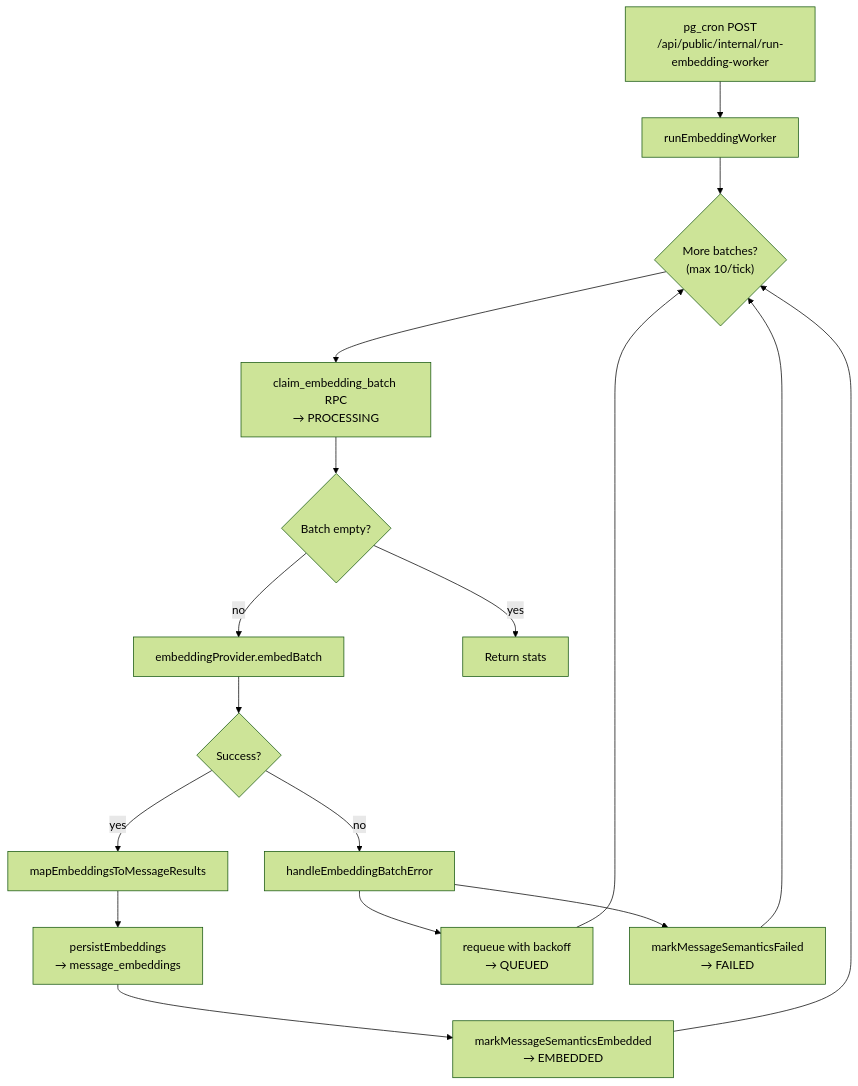
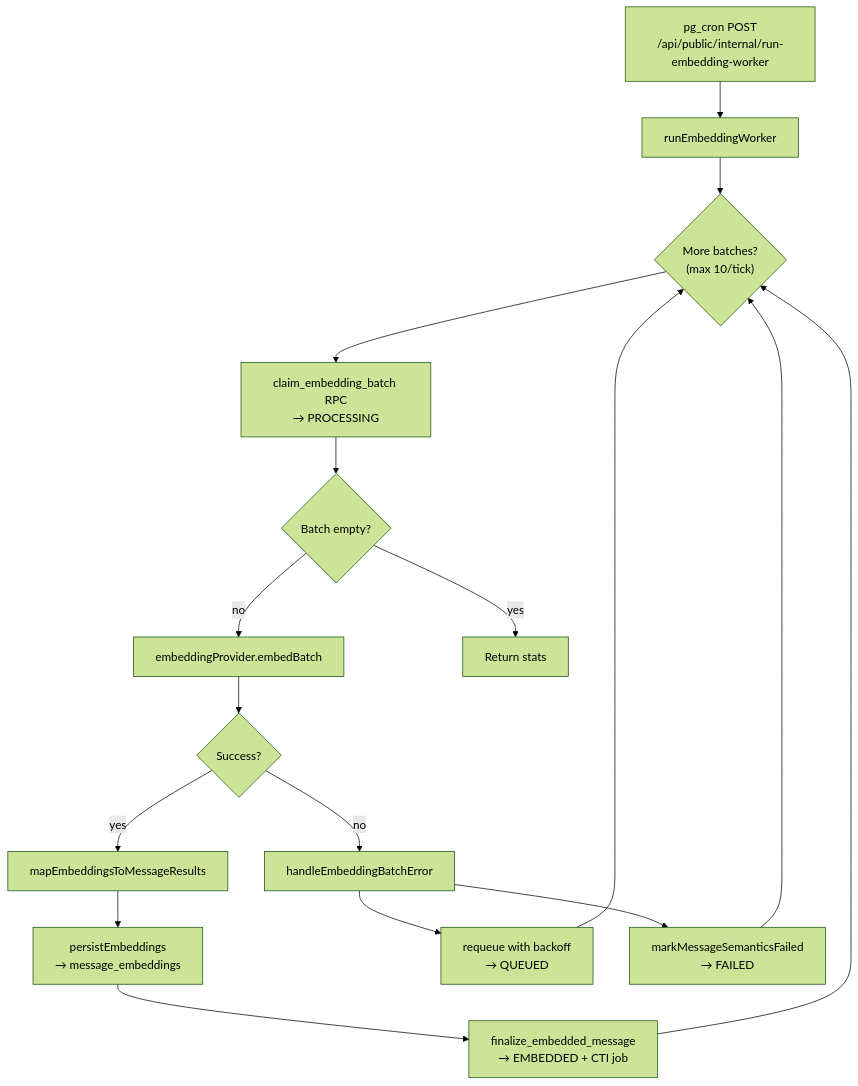
Before and after one commit to carlos-tamarind/tamarind-app: the diagram in docs/semantic/msg_embedding.md, drawn with Mermaid (forest theme). The commit also changed other lines of this file and 20 other files, not shown here.

````diff
--- a/docs/semantic/msg_embedding.md
+++ b/docs/semantic/msg_embedding.md
@@ -9,27 +9,27 @@
 ```mermaid
 flowchart TD
   Cron["pg_cron POST\n/api/public/internal/run-embedding-worker"]
   Worker["runEmbeddingWorker"]
   Loop{"More batches?\n(max 10/tick)"}
   Claim["claim_embedding_batch RPC\n→ PROCESSING"]
   Empty{"Batch empty?"}
   Provider["embeddingProvider.embedBatch"]
   Map["mapEmbeddingsToMessageResults"]
   Success{"Success?"}
   Persist["persistEmbeddings\n→ message_embeddings"]
-  MarkEmbedded["markMessageSemanticsEmbedded\n→ EMBEDDED"]
+  MarkEmbedded["finalize_embedded_message\n→ EMBEDDED + CTI job"]
   HandleError["handleEmbeddingBatchError"]
   Retry["requeue with backoff\n→ QUEUED"]
   Failed["markMessageSemanticsFailed\n→ FAILED"]
 
   Cron --> Worker --> Loop
   Loop --> Claim --> Empty
   Empty -->|yes| Done["Return stats"]
   Empty -->|no| Provider --> Success
   Success -->|yes| Map --> Persist --> MarkEmbedded --> Loop
   Success -->|no| HandleError
   HandleError --> Retry
   HandleError --> Failed
   Retry --> Loop
   Failed --> Loop
 ```
````
